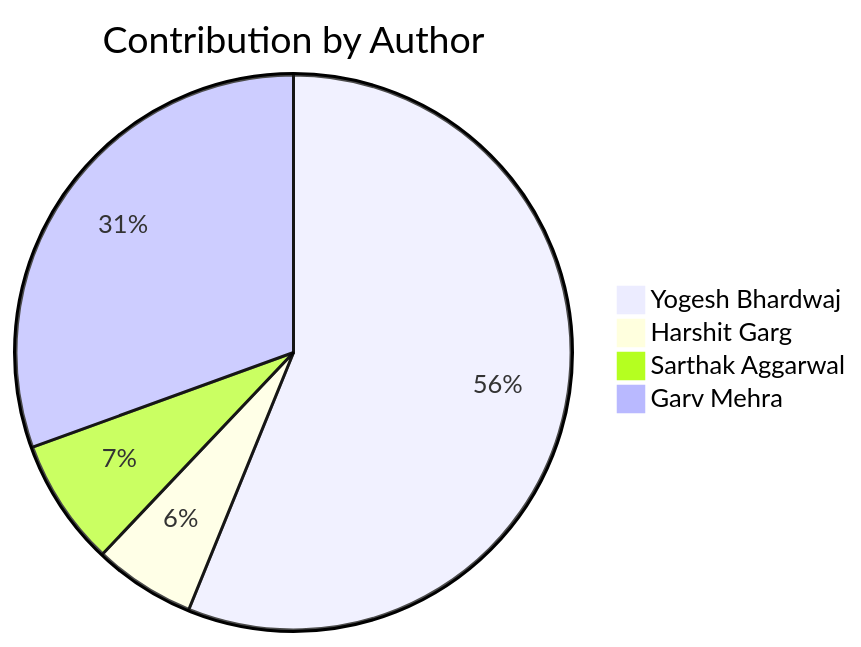
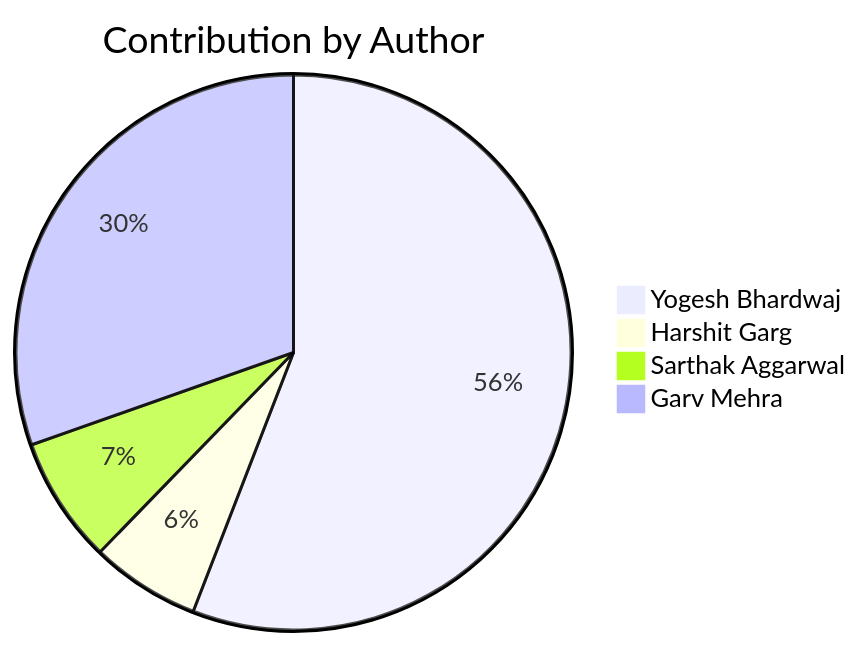
Before and after one commit to Yogesh-Bhardwaj-hue/Scm-Final_2.0: the second of 2 diagrams in README.md, drawn with Mermaid. The commit also changed other lines of this file, not shown here.

Commit message:
Update contribution charts

````diff
--- a/README.md
+++ b/README.md
@@ -192,7 +192,7 @@
 ```mermaid
 pie title Contribution by Author
     "Yogesh Bhardwaj": 114
-    "Harshit Garg": 12
+    "Harshit Garg": 13
     "Sarthak Aggarwal": 15
     "Garv Mehra": 62
 ```
````
